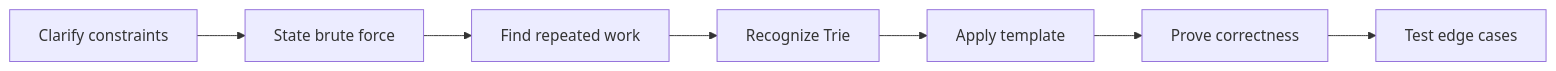
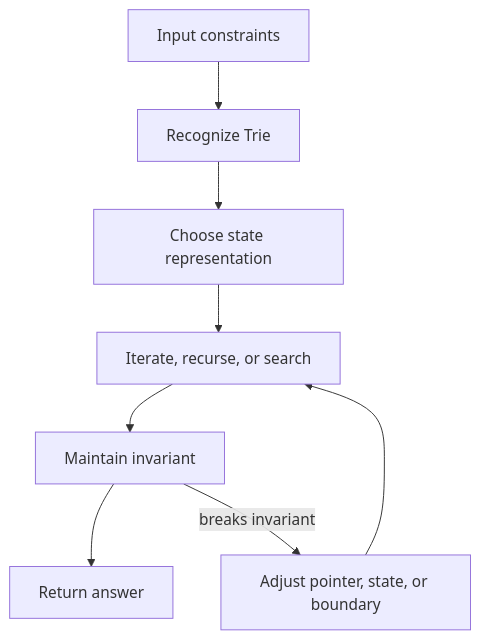
The second of 2 diagrams in coding-round/data-structures/trie/index.md (abstractinterviews/abstractinterviews.github.io), drawn with Mermaid before and after one commit. The commit also changed other lines of this file and 278 other files, not shown here.

````diff
--- a/coding-round/data-structures/trie/index.md
+++ b/coding-round/data-structures/trie/index.md
@@ -123,9 +121,10 @@
-~~~mermaid
-flowchart LR
-    A["Clarify constraints"] --> B["State brute force"]
-    B --> C["Find repeated work"]
-    C --> D["Recognize Trie"]
-    D --> E["Apply template"]
-    E --> F["Prove correctness"]
-    F --> G["Test edge cases"]
-~~~
+```mermaid
+flowchart TD
+    Input["Input constraints"] --> Pattern["Recognize Trie"]
+    Pattern --> State["Choose state representation"]
+    State --> Iterate["Iterate, recurse, or search"]
+    Iterate --> Check["Maintain invariant"]
+    Check --> Result["Return answer"]
+    Check -->|breaks invariant| Fix["Adjust pointer, state, or boundary"]
+    Fix --> Iterate
+```
````
